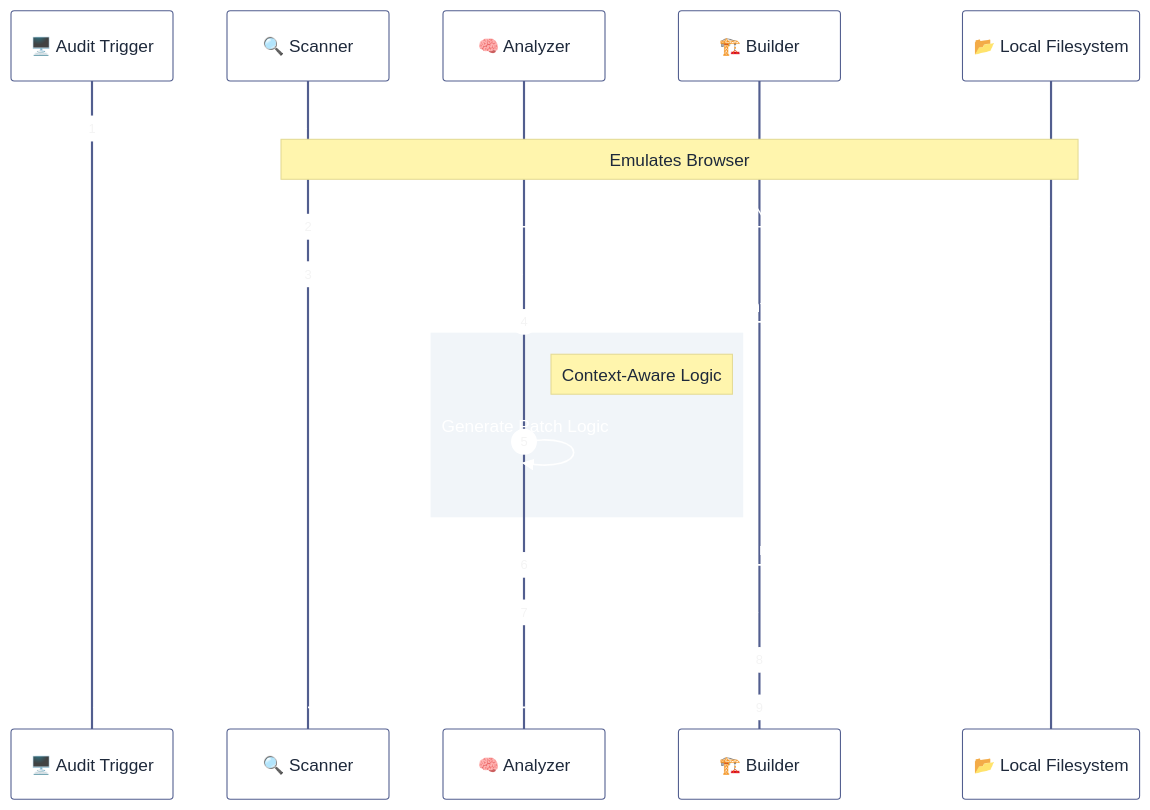
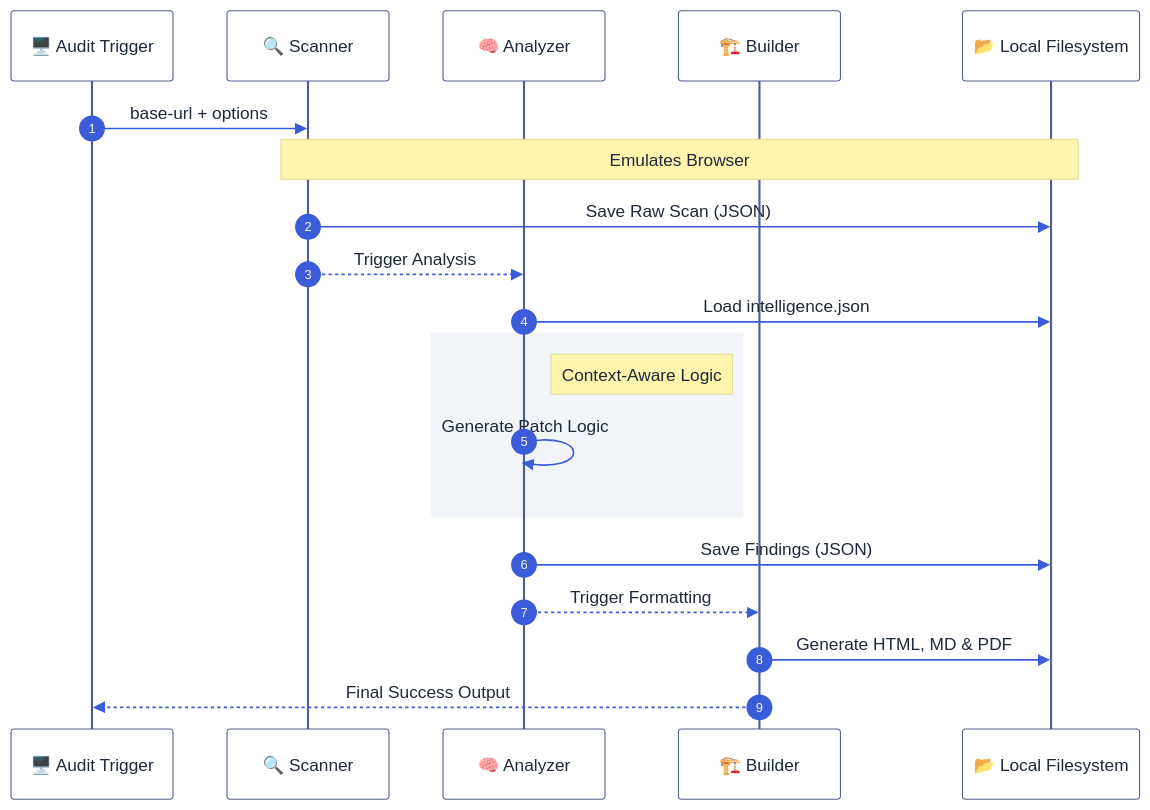
Before and after one commit to diegovelasquezweb/a11y-skill: the second of 2 diagrams in docs/architecture.md, drawn with Mermaid.

Commit message:
fix: Update Mermaid diagram theme variables to adjust primary text and add signal colors.fix: Update Mermaid diagram theme variables for primary text and signal colors.

````diff
--- a/docs/architecture.md
+++ b/docs/architecture.md
@@ -105,24 +105,24 @@
 ```mermaid
-%%{init: { 'theme': 'base', 'themeVariables': { 'primaryColor': '#3b5cd9', 'primaryTextColor': '#fff', 'secondaryColor': '#f1f5f9', 'tertiaryColor': '#fff', 'mainBkg': '#fff', 'nodeBorder': '#e2e8f0', 'actorTextColor': '#1e293b', 'noteTextColor': '#1e293b' } } }%%
+%%{init: { 'theme': 'base', 'themeVariables': { 'primaryColor': '#3b5cd9', 'primaryTextColor': '#1e293b', 'secondaryColor': '#f1f5f9', 'tertiaryColor': '#fff', 'mainBkg': '#fff', 'nodeBorder': '#e2e8f0', 'actorTextColor': '#1e293b', 'noteTextColor': '#1e293b', 'signalColor': '#3b5cd9', 'signalTextColor': '#1e293b' } } }%%
 sequenceDiagram
     autonumber
     participant CLI as 🖥️ Audit Trigger
     participant S as 🔍 Scanner
     participant A as 🧠 Analyzer
     participant B as 🏗️ Builder
     participant FS as 📂 Local Filesystem
 
     CLI->>S: base-url + options
     Note over S,FS: Emulates Browser
     S->>FS: Save Raw Scan (JSON)
     S-->>A: Trigger Analysis
     A->>FS: Load intelligence.json
     rect rgb(241, 245, 249)
         Note right of A: Context-Aware Logic
         A->>A: Generate Patch Logic
     end
     A->>FS: Save Findings (JSON)
     A-->>B: Trigger Formatting
     B->>FS: Generate HTML, MD & PDF
     B-->>CLI: Final Success Output
 ```
````
